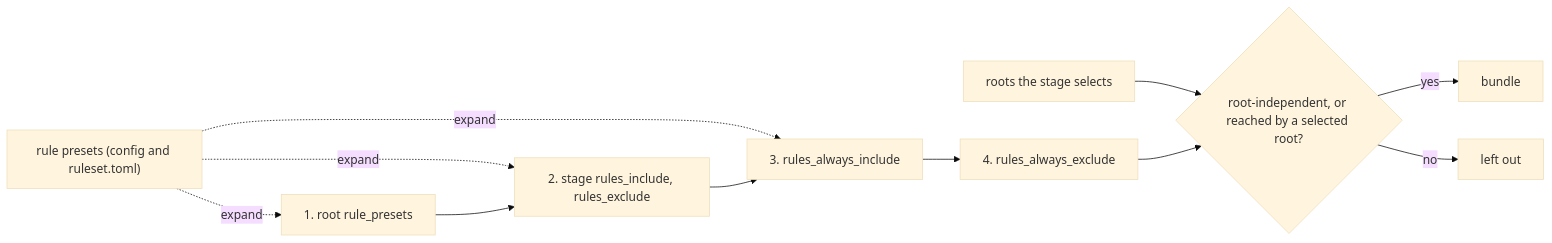
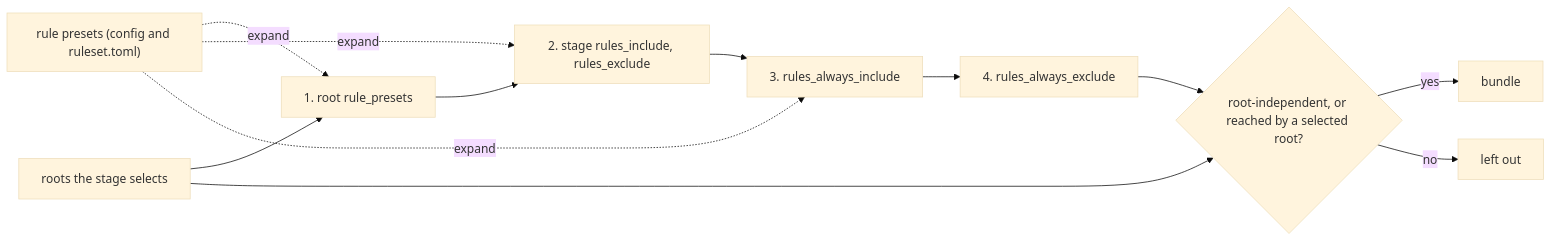
The second of 2 diagrams in .agents/wio/works/rule-presets/README.md (msitarz/wio), drawn with Mermaid (base theme) before and after one commit. The commit also changed other lines of this file, not shown here.

````diff
--- a/.agents/wio/works/rule-presets/README.md
+++ b/.agents/wio/works/rule-presets/README.md
@@ -172,13 +187,14 @@
 ```mermaid
 flowchart LR
     rp["rule presets (config and ruleset.toml)"] -. "expand" .-> l1
     rp -. "expand" .-> l2
     rp -. "expand" .-> l3
     l1["1. root rule_presets"] --> l2["2. stage rules_include, rules_exclude"]
     l2 --> l3["3. rules_always_include"]
     l3 --> l4["4. rules_always_exclude"]
-    sr["roots the stage selects"] --> elig
+        sr["roots the stage selects"] --> l1
+    sr --> elig
     l4 --> elig{"root-independent, or reached by a selected root?"}
     elig -- "yes" --> bundle["bundle"]
     elig -- "no" --> cut["left out"]
 ```
````
